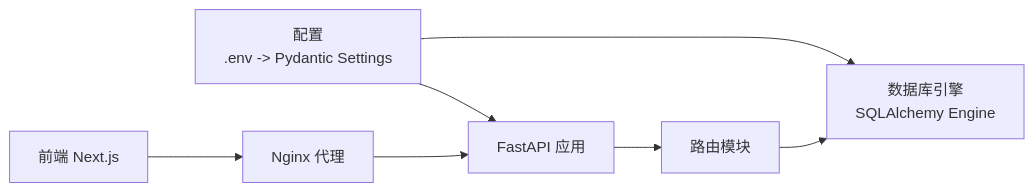
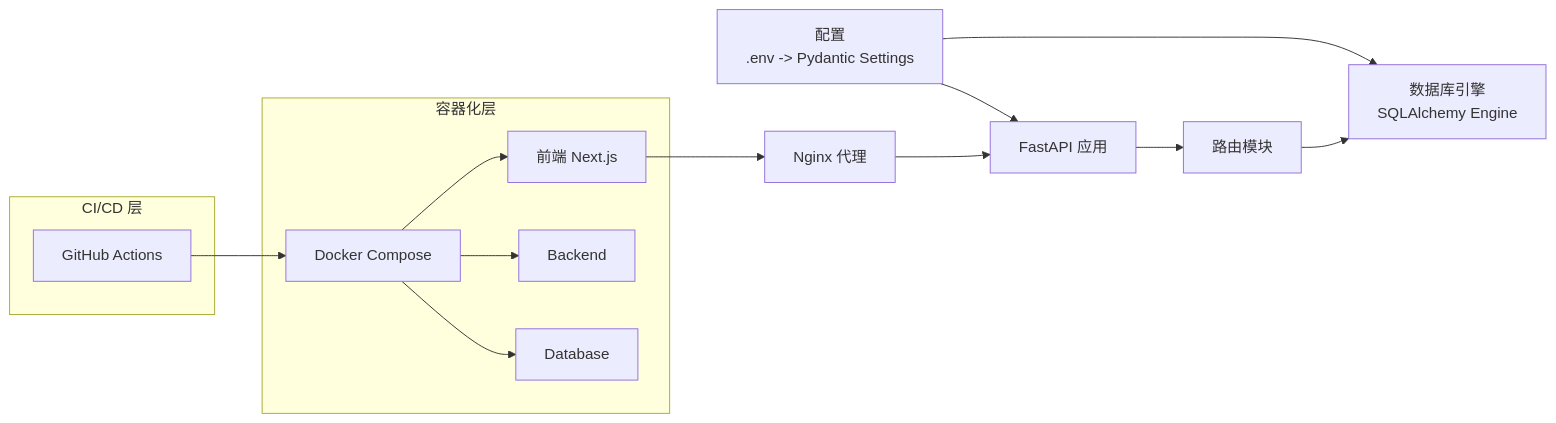
One commit to gujialind/InvestRing changed the fourth of 4 diagrams in .qoder/repowiki/zh/content/开发指南/部署指南/部署指南.md. Above: the diagram before and after it, drawn with Mermaid. The commit also changed other lines of this file and 39 other files, not shown here.

````diff
--- a/.qoder/repowiki/zh/content/开发指南/部署指南/部署指南.md
+++ b/.qoder/repowiki/zh/content/开发指南/部署指南/部署指南.md
@@ -212,9 +316,17 @@
 ```mermaid
 graph LR
 Config["配置<br/>.env -> Pydantic Settings"] --> DB["数据库引擎<br/>SQLAlchemy Engine"]
 Config --> Main["FastAPI 应用"]
 Main --> Routers["路由模块"]
 Routers --> DB
 Frontend["前端 Next.js"] --> Proxy["Nginx 代理"]
 Proxy --> Main
+subgraph "容器化层"
+DockerCompose["Docker Compose"] --> Frontend
+DockerCompose --> Backend
+DockerCompose --> Database
+end
+subgraph "CI/CD 层"
+GitHubActions["GitHub Actions"] --> DockerCompose
+end
 ```
````
